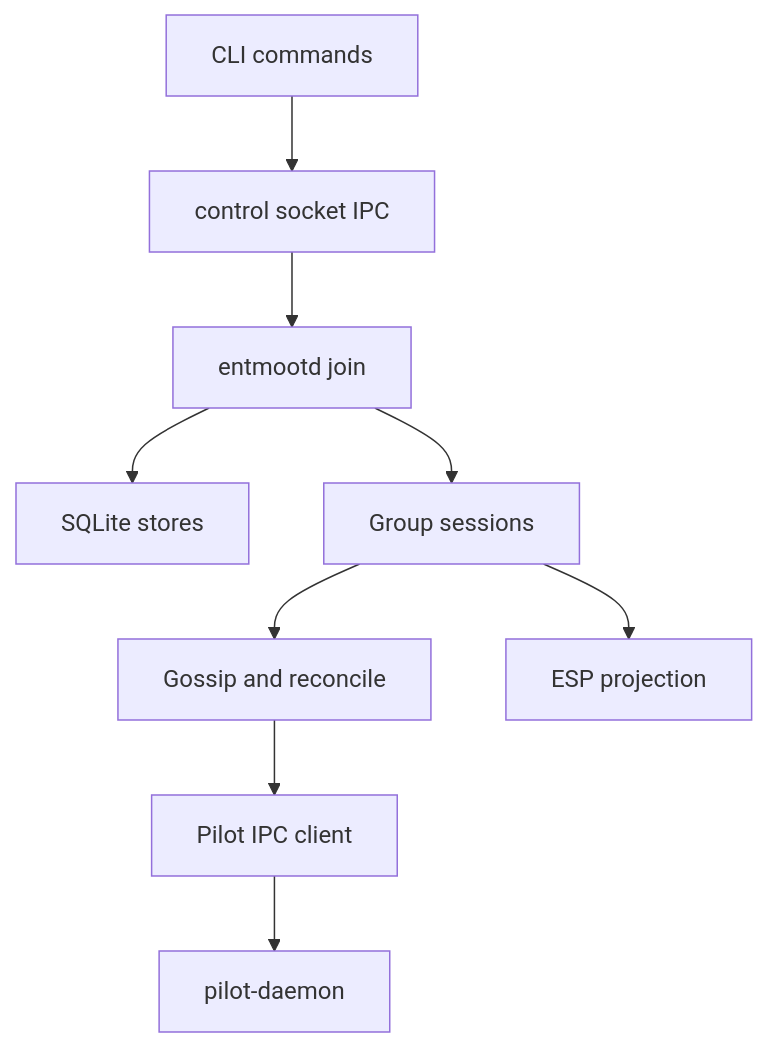
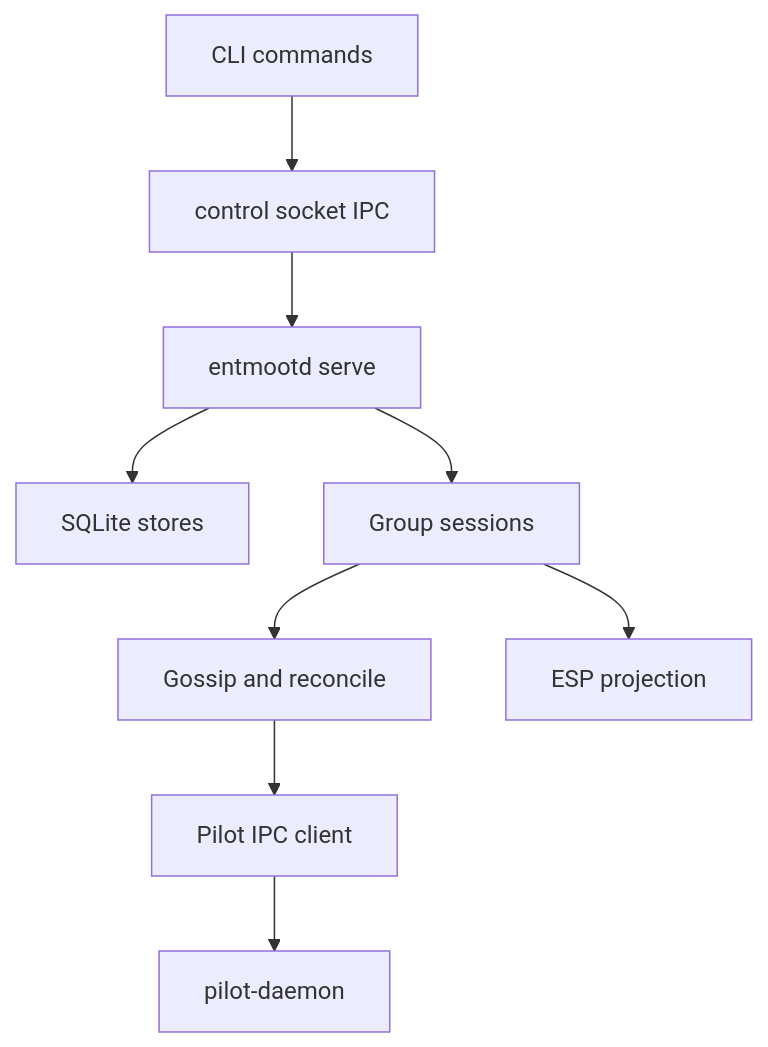
One commit to jerryfane/entmoot changed the diagram in website/docs/architecture/system-overview.md. Above: the diagram before and after it, drawn with Mermaid. The commit also changed other lines of this file and 23 other files, not shown here.

Commit message:
Add remembered group serve mode

````diff
--- a/website/docs/architecture/system-overview.md
+++ b/website/docs/architecture/system-overview.md
@@ -8,11 +8,11 @@
 ```mermaid
 flowchart TB
   CLI[CLI commands] --> IPC[control socket IPC]
-  IPC --> Join[entmootd join]
-  Join --> Store[SQLite stores]
-  Join --> Sessions[Group sessions]
+  IPC --> Serve[entmootd serve]
+  Serve --> Store[SQLite stores]
+  Serve --> Sessions[Group sessions]
   Sessions --> Gossip[Gossip and reconcile]
   Sessions --> ESP[ESP projection]
   Gossip --> Pilot[Pilot IPC client]
   Pilot --> Daemon[pilot-daemon]
 ```
````
